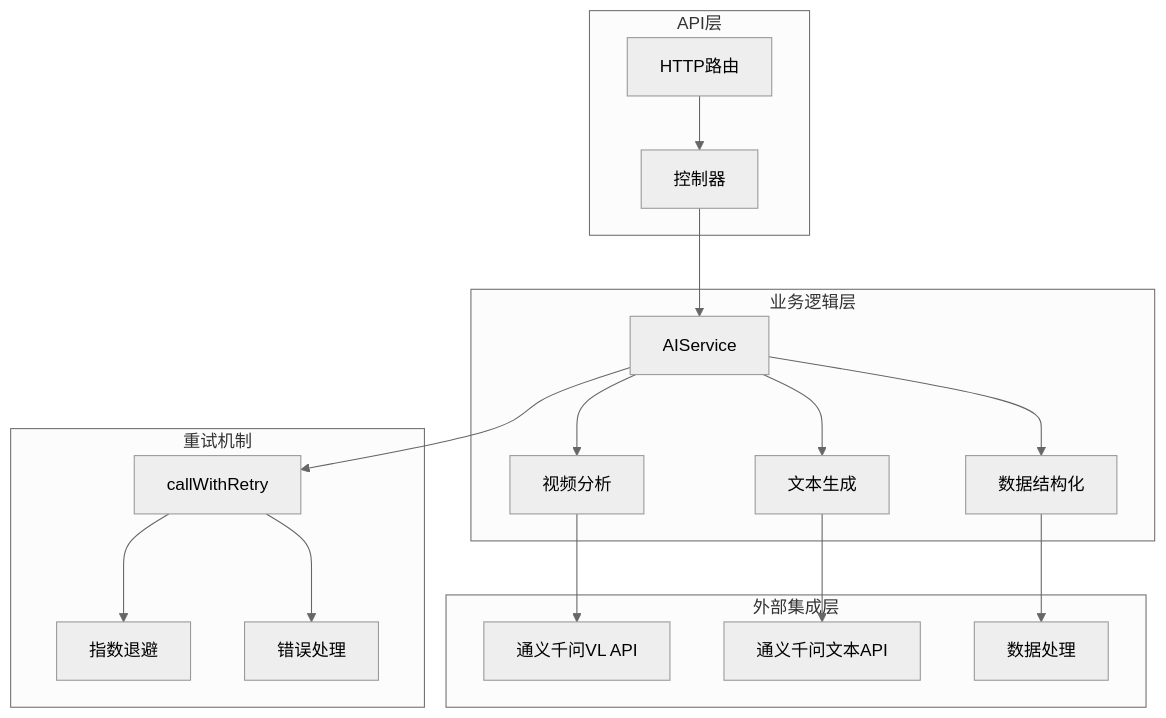
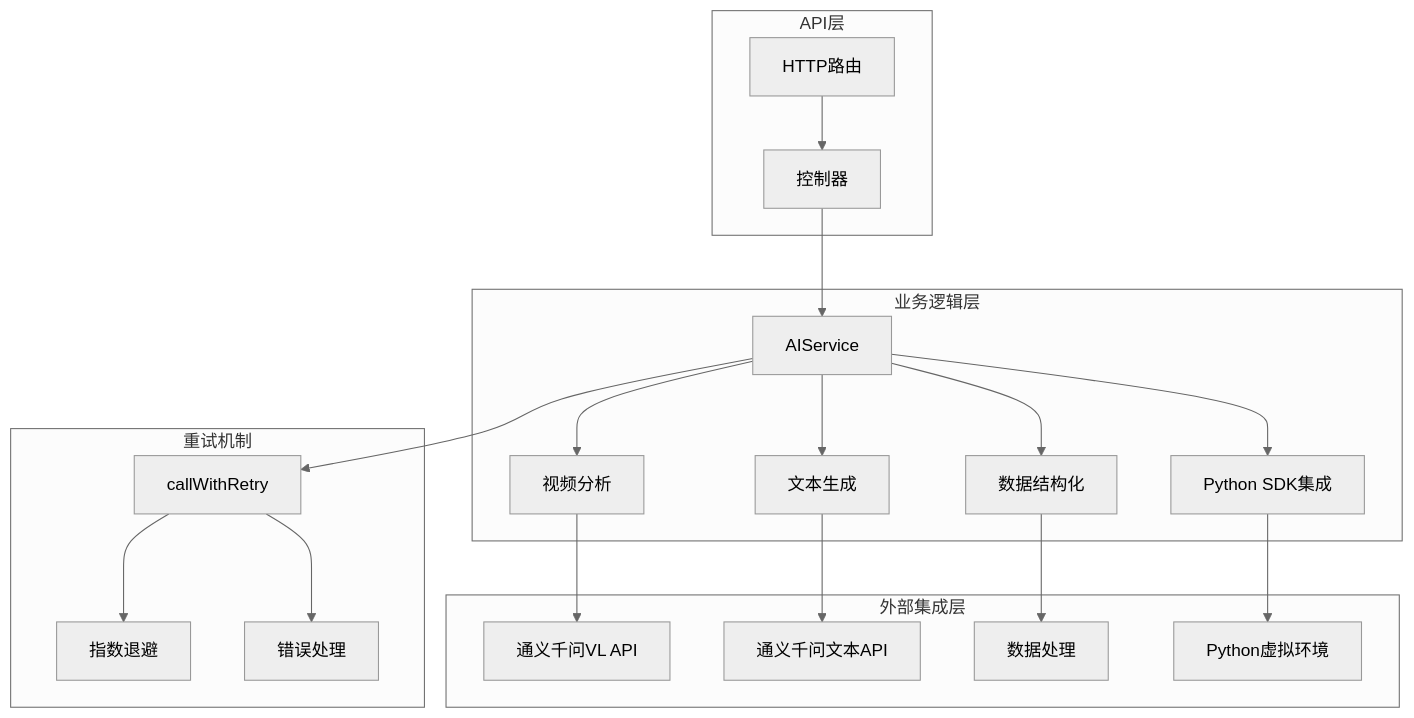
One commit to yuxiaoxiao2025/newvedio-project changed the third of 11 diagrams in .qoder/repowiki/zh/content/后端架构/服务层设计/AI服务.md. Above: the diagram before and after it, drawn with Mermaid (neutral theme). The commit also changed other lines of this file and 11 other files, not shown here.

````diff
--- a/.qoder/repowiki/zh/content/后端架构/服务层设计/AI服务.md
+++ b/.qoder/repowiki/zh/content/后端架构/服务层设计/AI服务.md
@@ -116,22 +131,24 @@
 ```mermaid
 graph TD
 subgraph "API层"
 A[HTTP路由] --> B[控制器]
 end
 subgraph "业务逻辑层"
 B --> C[AIService]
 C --> D[视频分析]
 C --> E[文本生成]
 C --> F[数据结构化]
+C --> G[Python SDK集成]
 end
 subgraph "外部集成层"
-D --> G[通义千问VL API]
-E --> H[通义千问文本API]
-F --> I[数据处理]
+D --> H[通义千问VL API]
+E --> I[通义千问文本API]
+F --> J[数据处理]
+G --> K[Python虚拟环境]
 end
 subgraph "重试机制"
-J[callWithRetry] --> K[指数退避]
-J --> L[错误处理]
+L[callWithRetry] --> M[指数退避]
+L --> N[错误处理]
 end
-C --> J
+C --> L
 ```
````
